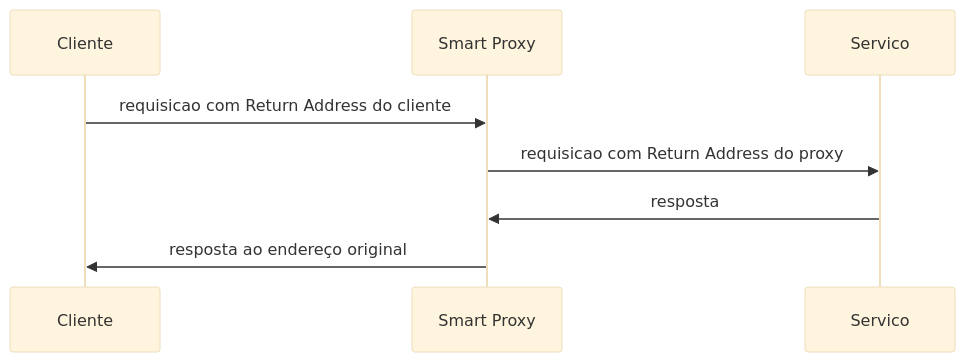
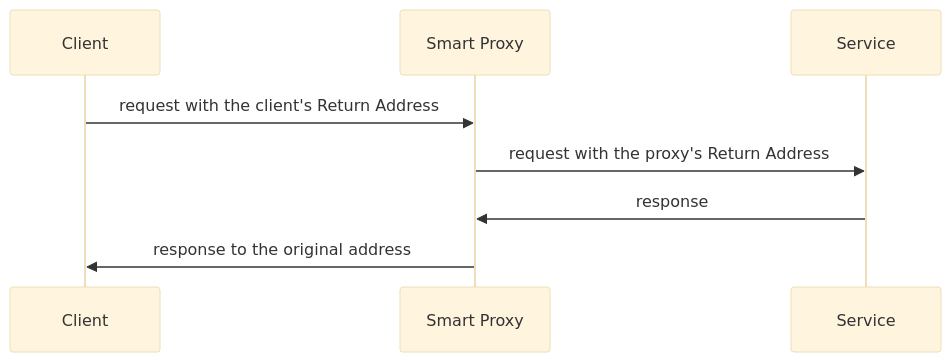
Before and after one commit to alancesar/design-patterns: the diagram in docs/architecture/eip/system-management/smart-proxy.md, drawn with Mermaid (base theme). The commit also changed 258 other files, not shown here.

First line of the commit message:
Translate Mermaid diagrams to English

````diff
--- a/docs/architecture/eip/system-management/smart-proxy.md
+++ b/docs/architecture/eip/system-management/smart-proxy.md
@@ -51,10 +51,10 @@
 ```mermaid
 sequenceDiagram
-    participant C as Cliente
+    participant C as Client
     participant P as Smart Proxy
-    participant S as Servico
-    C->>P: requisicao com Return Address do cliente
-    P->>S: requisicao com Return Address do proxy
-    S->>P: resposta
-    P->>C: resposta ao endereço original
+    participant S as Service
+    C->>P: request with the client's Return Address
+    P->>S: request with the proxy's Return Address
+    S->>P: response
+    P->>C: response to the original address
 ```
````
